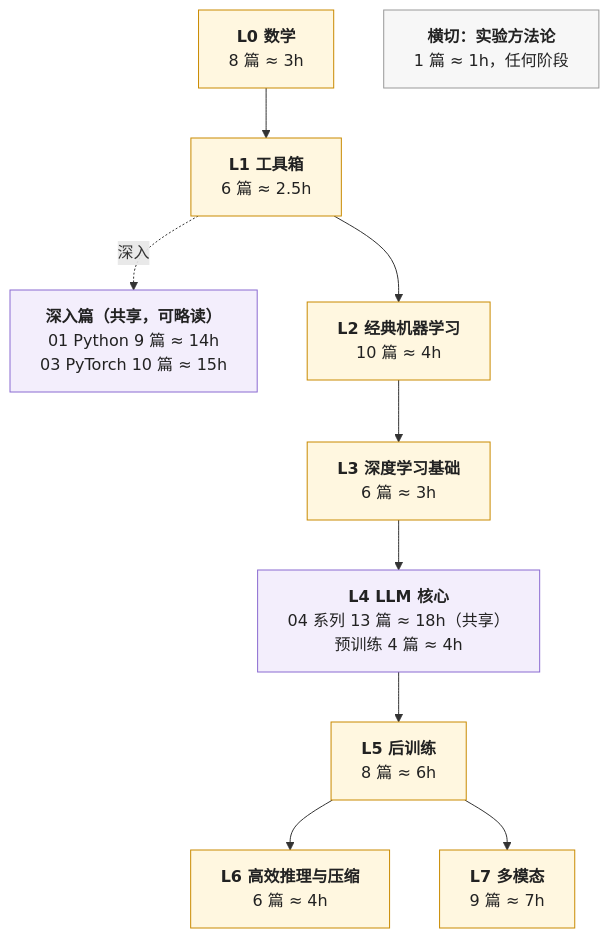
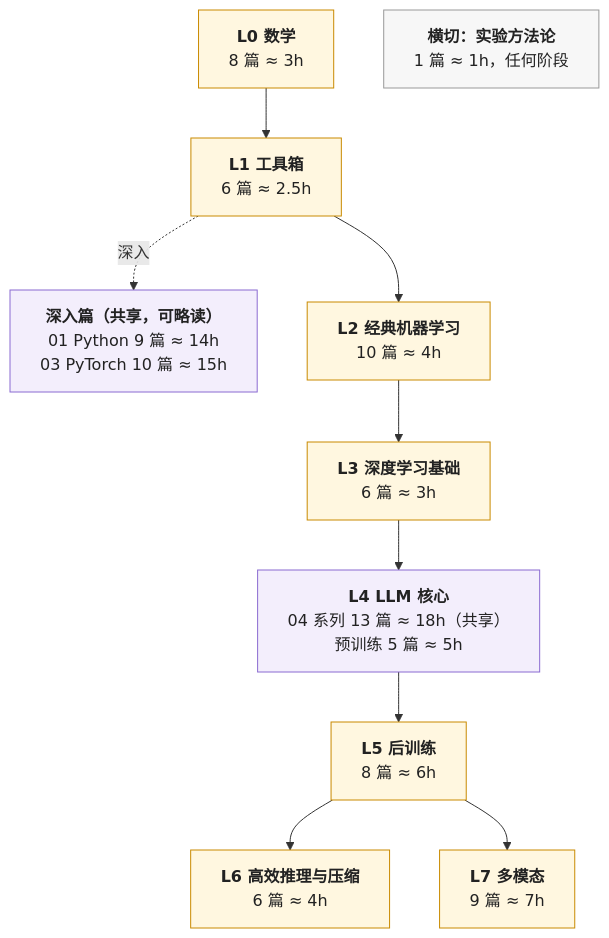
Before and after one commit to arganzheng/arganzheng.github.com: the second of 2 diagrams in _posts/2026-01-02-ai-algorithm-engineer-learning-roadmap.md, drawn with Mermaid. The commit also changed other lines of this file and 26 other files, not shown here.

````diff
--- a/_posts/2026-01-02-ai-algorithm-engineer-learning-roadmap.md
+++ b/_posts/2026-01-02-ai-algorithm-engineer-learning-roadmap.md
@@ -89,38 +89,38 @@
 ```mermaid
 %%{init: {"flowchart": {"wrappingWidth": 260}}}%%
 %% 图：学习路径：L0–L7 八层加横切，紫色两处与 Infra 地图共享
 flowchart TB
     L0["`**L0 数学**
 8 篇 ≈ 3h`"]
     L1["`**L1 工具箱**
 6 篇 ≈ 2.5h`"]
     D["`**深入篇（共享，可略读）**
 01 Python 9 篇 ≈ 14h
 03 PyTorch 10 篇 ≈ 15h`"]
     L2["`**L2 经典机器学习**
 10 篇 ≈ 4h`"]
     L3["`**L3 深度学习基础**
 6 篇 ≈ 3h`"]
     L4["`**L4 LLM 核心**
 04 系列 13 篇 ≈ 18h（共享）
-预训练 4 篇 ≈ 4h`"]
+预训练 5 篇 ≈ 5h`"]
     L5["`**L5 后训练**
 8 篇 ≈ 6h`"]
     L6["`**L6 高效推理与压缩**
 6 篇 ≈ 4h`"]
     L7["`**L7 多模态**
 9 篇 ≈ 7h`"]
     X["`**横切：实验方法论**
 1 篇 ≈ 1h，任何阶段`"]
     L0 --> L1 --> L2 --> L3 --> L4 --> L5
     L1 -. 深入 .-> D
     L5 --> L6
     L5 --> L7
 
     classDef algo fill:#fff7e0,stroke:#c98a00,stroke-width:1px,color:#222
     classDef shared fill:#f3eefc,stroke:#8a6bd1,stroke-width:1px,color:#222
     classDef cross fill:#f7f7f7,stroke:#999,stroke-width:1px,color:#222
     class L0,L1,L2,L3,L5,L6,L7 algo
     class D,L4 shared
     class X cross
 ```
````
